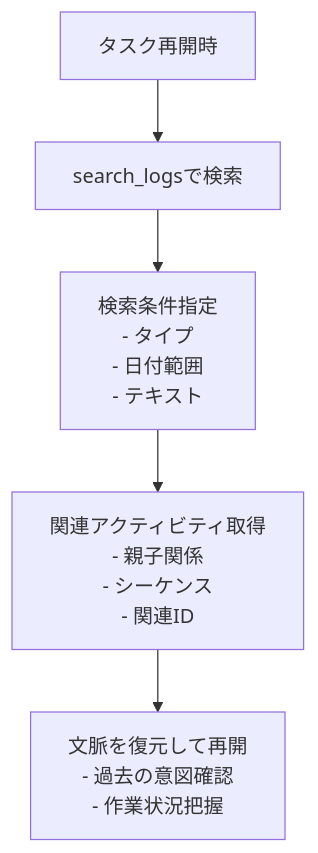
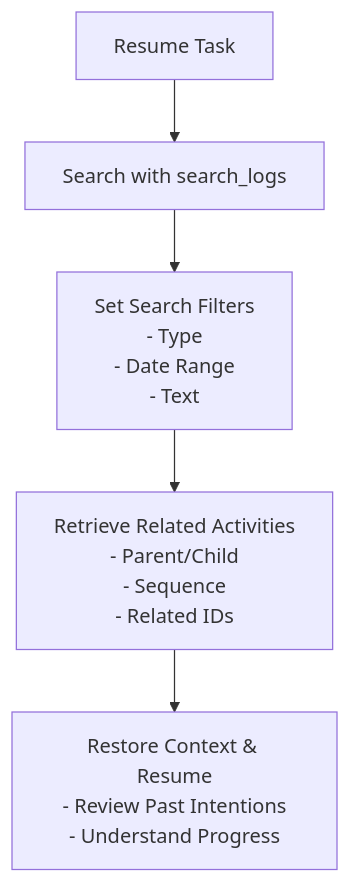
Before and after one commit to annenpolka/roo-logger: the second of 2 diagrams in README.md, drawn with Mermaid. The commit also changed other lines of this file and 1 other file, not shown here.

````diff
--- a/README.md
+++ b/README.md
@@ -28,7 +29,7 @@
 ```mermaid
 flowchart TD
-    G[タスク再開時] --> H[search_logsで検索]
-    H --> I[検索条件指定<br>- タイプ<br>- 日付範囲<br>- テキスト]
-    I --> J[関連アクティビティ取得<br>- 親子関係<br>- シーケンス<br>- 関連ID]
-    J --> K[文脈を復元して再開<br>- 過去の意図確認<br>- 作業状況把握]
+    G[Resume Task] --> H[Search with search_logs]
+    H --> I[Set Search Filters<br>- Type<br>- Date Range<br>- Text]
+    I --> J[Retrieve Related Activities<br>- Parent/Child<br>- Sequence<br>- Related IDs]
+    J --> K[Restore Context & Resume<br>- Review Past Intentions<br>- Understand Progress]
 ```
````
